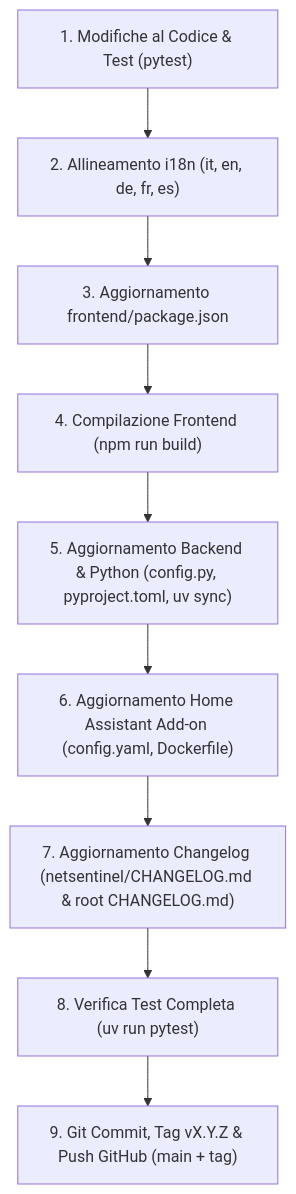
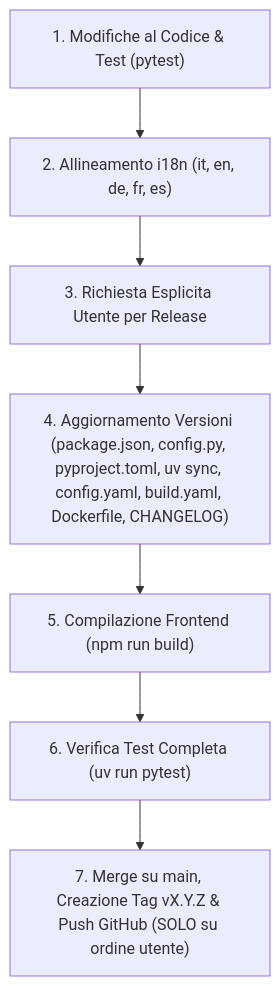
Before and after one commit to marcomatrella/netsentinel: the diagram in AGENTS.md, drawn with Mermaid. The commit also changed other lines of this file and 9 other files, not shown here.

````diff
--- a/AGENTS.md
+++ b/AGENTS.md
@@ -34,11 +49,9 @@
 ```mermaid
 flowchart TD
     A["1. Modifiche al Codice & Test (pytest)"] --> B["2. Allineamento i18n (it, en, de, fr, es)"]
-    B --> C["3. Aggiornamento frontend/package.json"]
-    C --> D["4. Compilazione Frontend (npm run build)"]
-    D --> E["5. Aggiornamento Backend & Python (config.py, pyproject.toml, uv sync)"]
-    E --> F["6. Aggiornamento Home Assistant Add-on (config.yaml, Dockerfile)"]
-    F --> G["7. Aggiornamento Changelog (netsentinel/CHANGELOG.md & root CHANGELOG.md)"]
-    G --> H["8. Verifica Test Completa (uv run pytest)"]
-    H --> I["9. Git Commit, Tag vX.Y.Z & Push GitHub (main + tag)"]
+    B --> C["3. Richiesta Esplicita Utente per Release"]
+    C --> D["4. Aggiornamento Versioni (package.json, config.py, pyproject.toml, uv sync, config.yaml, build.yaml, Dockerfile, CHANGELOG)"]
+    D --> E["5. Compilazione Frontend (npm run build)"]
+    E --> F["6. Verifica Test Completa (uv run pytest)"]
+    F --> G["7. Merge su main, Creazione Tag vX.Y.Z & Push GitHub (SOLO su ordine utente)"]
 ```
````
